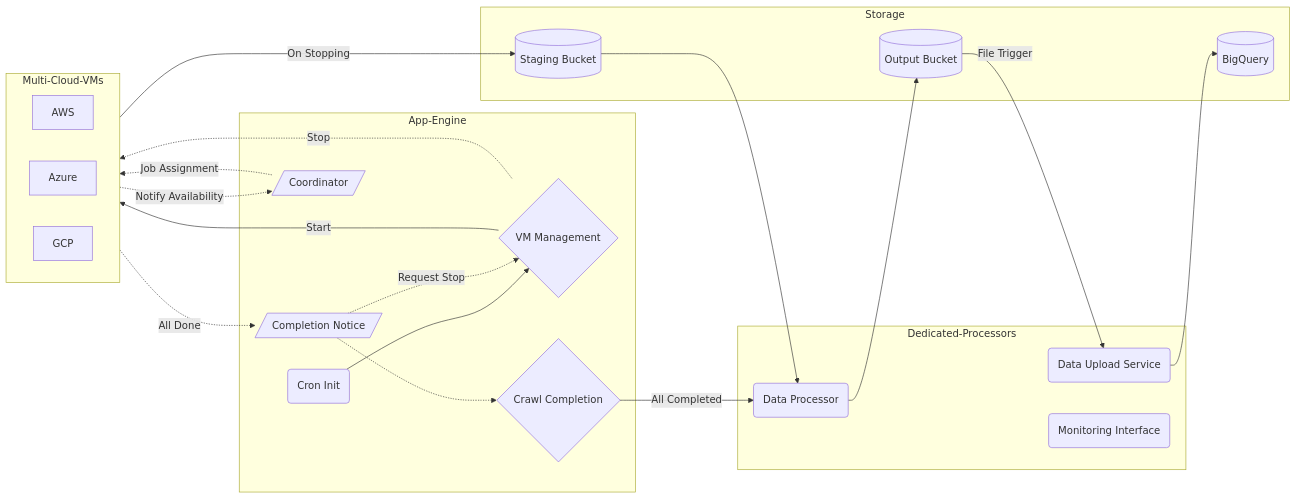
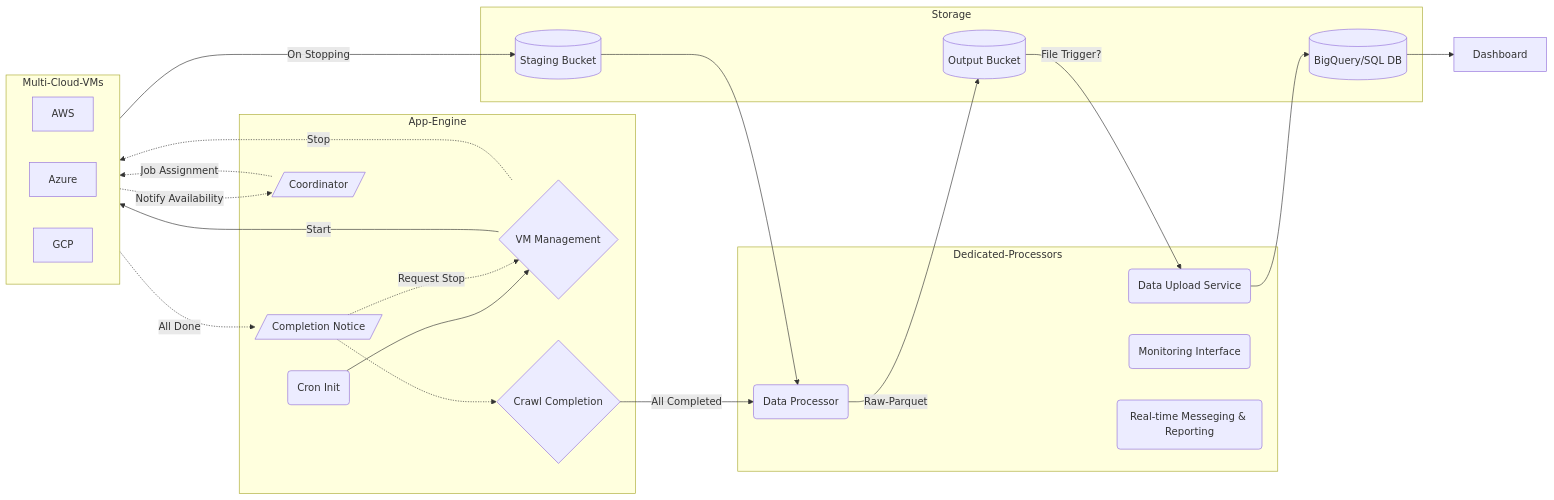
One commit to yyyaaan/yCrawl changed the diagram in README.md. Above: the diagram before and after it, drawn with Mermaid. The commit also changed 3 other files, not shown here.

````diff
--- a/README.md
+++ b/README.md
@@ -24,34 +24,37 @@
 ```mermaid
 flowchart LR
     subgraph App-Engine
     S(Cron Init) --> VM{VM Management}
     CO[/Coordinator/]
     CE[/Completion Notice/] -.->|Request Stop| VM
     AllDone{Crawl Completion}
     end
 
     subgraph Multi-Cloud-VMs
     direction LR
     AWS & Azure & GCP
     end
 
     subgraph Storage
     BucketS[(Staging Bucket)]
     BucketO[(Output Bucket)]
-    BQ[(BigQuery)]
+    BQ[(BigQuery/SQL DB)]
     end
 
     subgraph Dedicated-Processors
     DP(Data Processor)
     UP(Data Upload Service)
     M(Monitoring Interface)
+    MSG(Real-time Messeging & Reporting)
     end
 
     VM -->|Start| Multi-Cloud-VMs -.->|All Done| CE -.-> AllDone
     VM -.->|Stop| Multi-Cloud-VMs
     CO -.->|Job Assignment| Multi-Cloud-VMs -.->|Notify Availability| CO
     Multi-Cloud-VMs -->|On Stopping| BucketS
 
     AllDone -->|All Completed| DP
-    BucketS --> DP --> BucketO -->|File Trigger| UP --> BQ
+    BucketS --> DP -->|Raw-Parquet| BucketO -->|File Trigger?| UP --> BQ
+
+    BQ --> Dashboard
 ```
````
